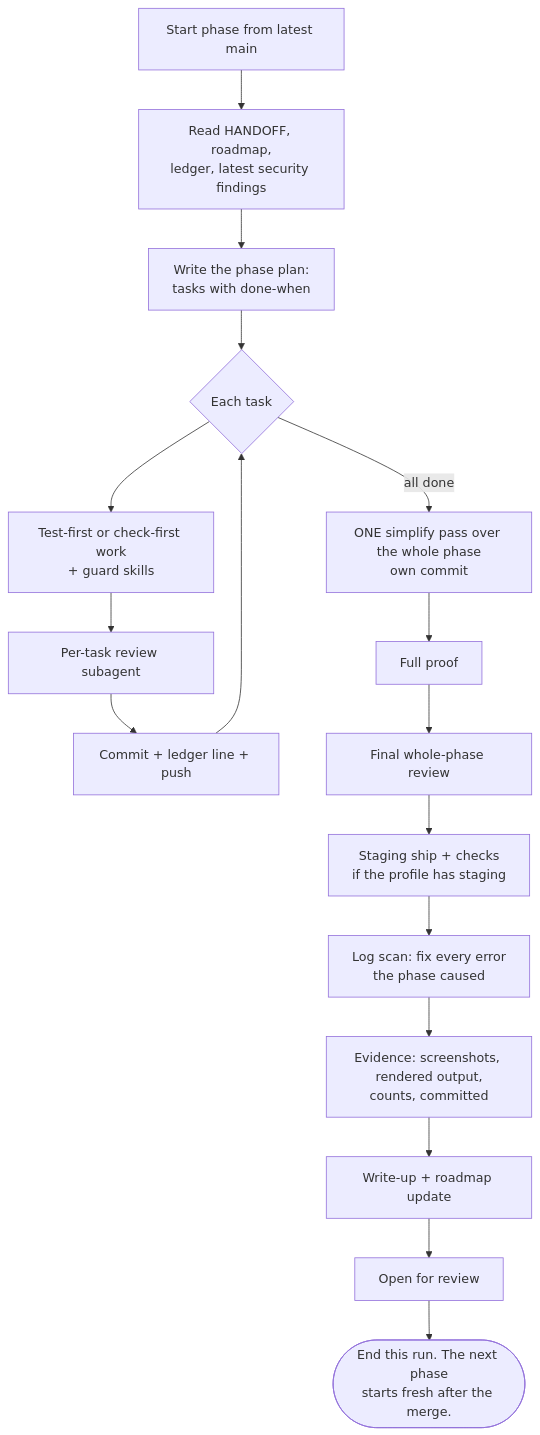
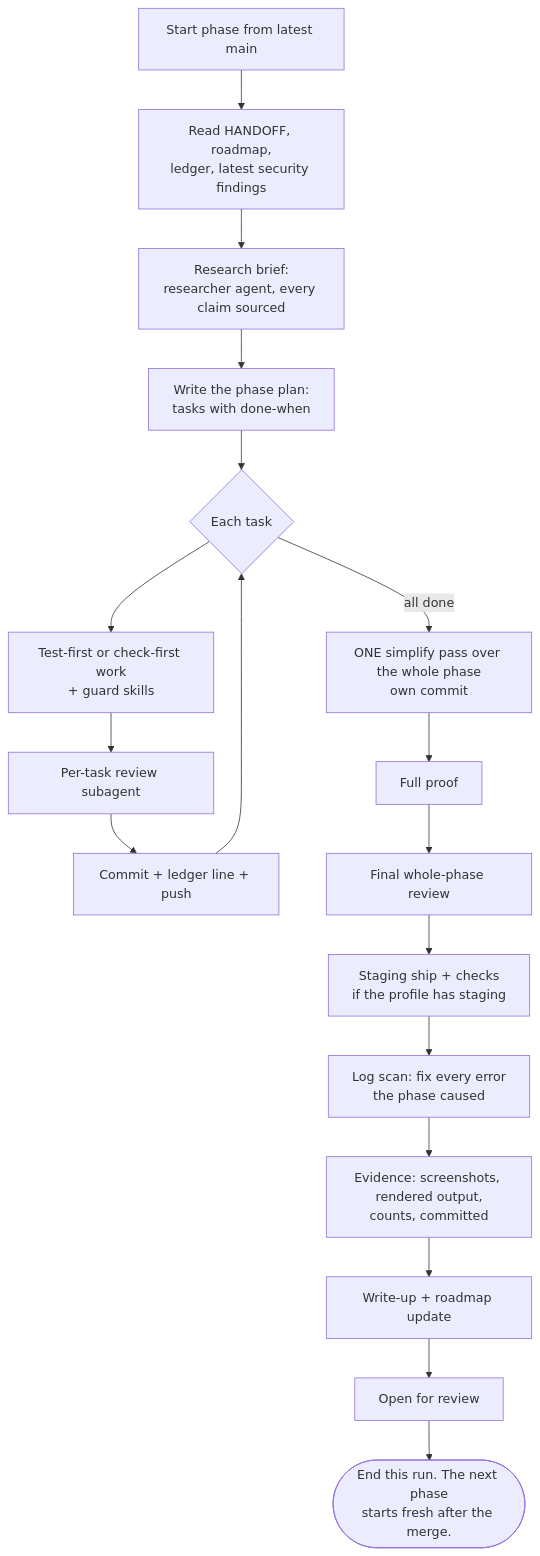
The second of 7 diagrams in plugins/autodeliver/skills/autonomous-delivery/references/playbook.md (Mgabr90/autonomous-delivery), drawn with Mermaid before and after one commit. The commit also changed other lines of this file and 15 other files, not shown here.

First line of the commit message:
autodeliver 0.2.0: researcher agent (sourced briefs and fact-checks)

````diff
--- a/plugins/autodeliver/skills/autonomous-delivery/references/playbook.md
+++ b/plugins/autodeliver/skills/autonomous-delivery/references/playbook.md
@@ -105,19 +106,20 @@
 ```mermaid
 flowchart TD
     A[Start phase from latest main] --> B[Read HANDOFF, roadmap,<br/>ledger, latest security findings]
-    B --> C[Write the phase plan:<br/>tasks with done-when]
+    B --> RB[Research brief:<br/>researcher agent, every claim sourced]
+    RB --> C[Write the phase plan:<br/>tasks with done-when]
     C --> D{Each task}
     D --> E[Test-first or check-first work<br/>+ guard skills]
     E --> F[Per-task review subagent]
     F --> G[Commit + ledger line + push]
     G --> D
     D -- all done --> H[ONE simplify pass over the whole phase<br/>own commit]
     H --> I[Full proof]
     I --> J[Final whole-phase review]
     J --> K[Staging ship + checks<br/>if the profile has staging]
     K --> L[Log scan: fix every error<br/>the phase caused]
     L --> M[Evidence: screenshots, rendered output,<br/>counts, committed]
     M --> N[Write-up + roadmap update]
     N --> O[Open for review]
     O --> P([End this run. The next phase<br/>starts fresh after the merge.])
 ```
````
